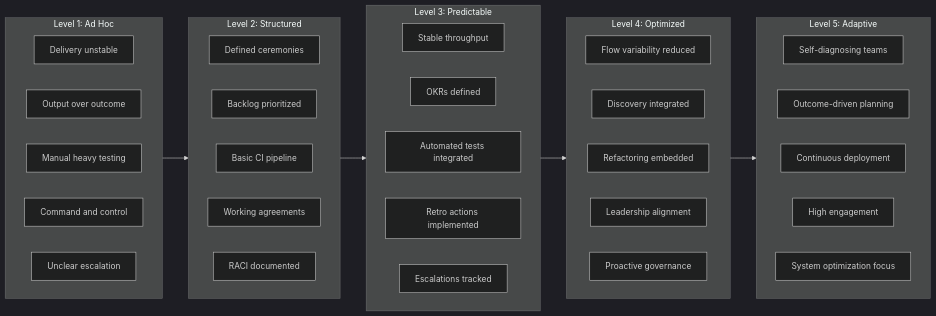
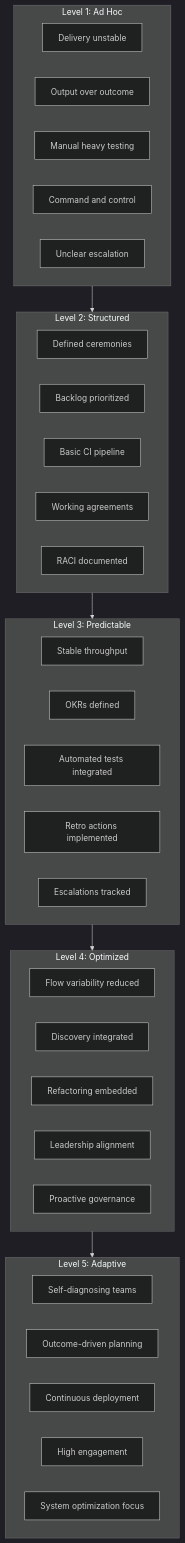
The diagram in docs/transformation/AGILE_MATURITY_MODEL.md (awsvkvims/agile-playbook), drawn with Mermaid (dark theme) before and after one commit. The commit also changed other lines of this file, not shown here.

Commit message:
fix formatting for mermaid block in agile maturity model

````diff
--- a/docs/transformation/AGILE_MATURITY_MODEL.md
+++ b/docs/transformation/AGILE_MATURITY_MODEL.md
@@ -17,52 +14,47 @@
 ```mermaid
 
-flowchart LR
+flowchart TB
 
   subgraph Level_1["Level 1: Ad Hoc"]
-    direction LR
     L1A[Delivery unstable]
     L1B[Output over outcome]
     L1C[Manual heavy testing]
     L1D[Command and control]
     L1E[Unclear escalation]
   end
 
   subgraph Level_2["Level 2: Structured"]
-    direction LR
     L2A[Defined ceremonies]
     L2B[Backlog prioritized]
     L2C[Basic CI pipeline]
     L2D[Working agreements]
     L2E[RACI documented]
   end
 
   subgraph Level_3["Level 3: Predictable"]
-    direction LR
     L3A[Stable throughput]
     L3B[OKRs defined]
     L3C[Automated tests integrated]
     L3D[Retro actions implemented]
     L3E[Escalations tracked]
   end
 
   subgraph Level_4["Level 4: Optimized"]
-    direction LR
     L4A[Flow variability reduced]
     L4B[Discovery integrated]
     L4C[Refactoring embedded]
     L4D[Leadership alignment]
     L4E[Proactive governance]
   end
 
   subgraph Level_5["Level 5: Adaptive"]
-    direction LR
     L5A[Self-diagnosing teams]
     L5B[Outcome-driven planning]
     L5C[Continuous deployment]
     L5D[High engagement]
     L5E[System optimization focus]
   end
 
   Level_1 --> Level_2 --> Level_3 --> Level_4 --> Level_5
-  
-  ```
+
+```
````
